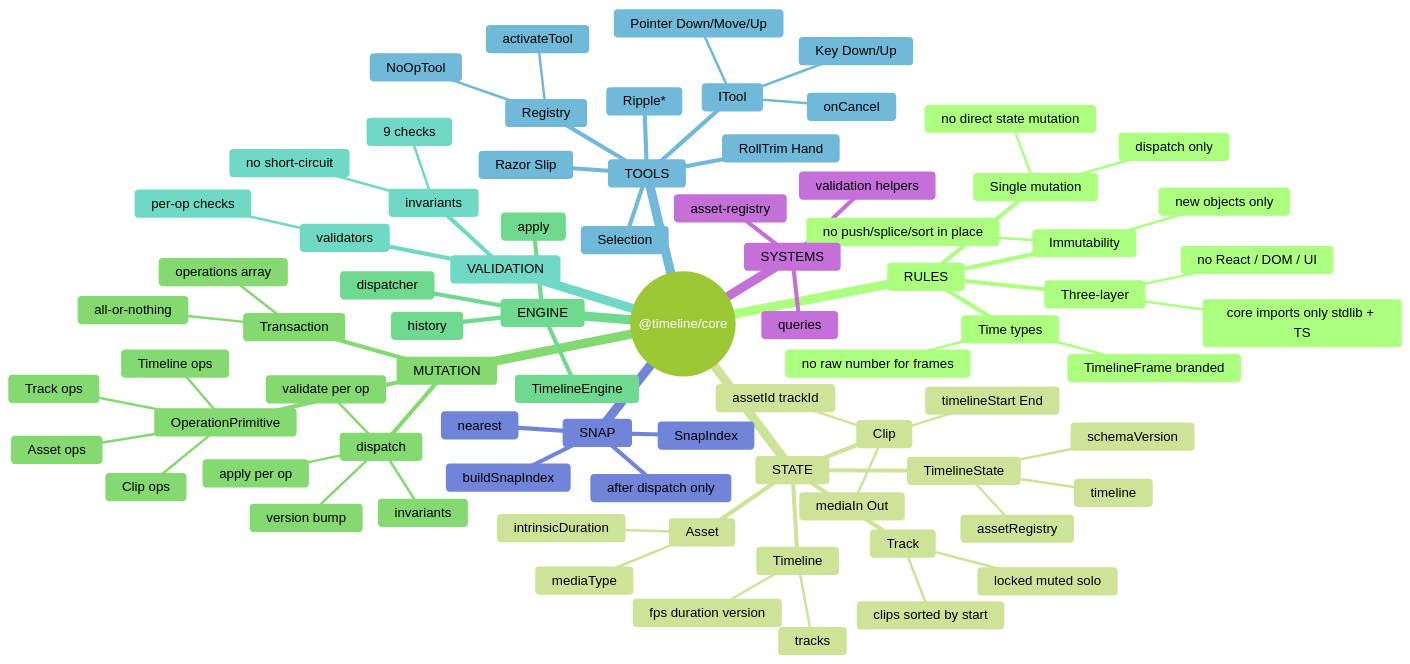
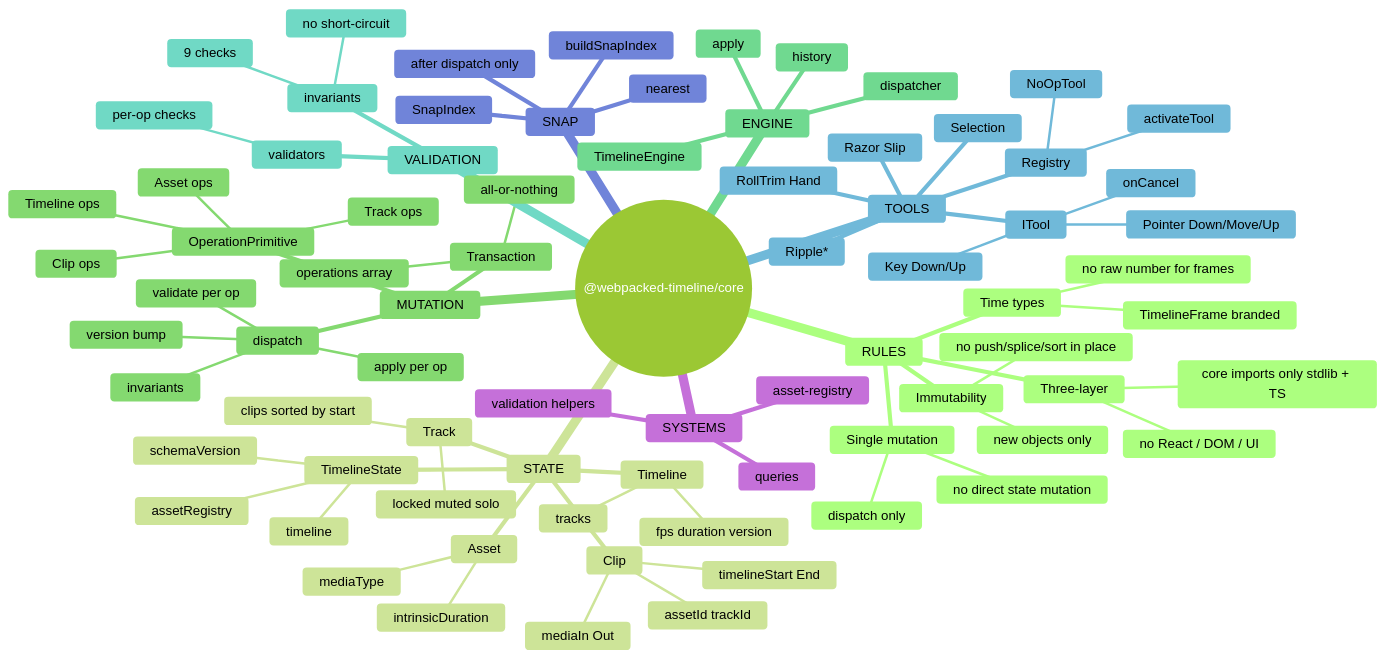
The first of 7 diagrams in packages/core/docs/MINDMAP.md (webpacked/timeline), drawn with Mermaid (forest theme) before and after one commit. The commit also changed other lines of this file and 77 other files, not shown here.

````diff
--- a/packages/core/docs/MINDMAP.md
+++ b/packages/core/docs/MINDMAP.md
@@ -9,81 +9,81 @@
 ```mermaid
 mindmap
-  root((@timeline/core))
+  root((@webpacked-timeline/core))
     RULES
       Three-layer
         core imports only stdlib + TS
         no React / DOM / UI
       Single mutation
         dispatch only
         no direct state mutation
       Immutability
         new objects only
         no push/splice/sort in place
       Time types
         TimelineFrame branded
         no raw number for frames
     STATE
       TimelineState
         schemaVersion
         timeline
         assetRegistry
       Timeline
         fps duration version
         tracks
       Track
         clips sorted by start
         locked muted solo
       Clip
         timelineStart End
         mediaIn Out
         assetId trackId
       Asset
         intrinsicDuration
         mediaType
     MUTATION
       Transaction
         operations array
         all-or-nothing
       OperationPrimitive
         Clip ops
         Track ops
         Asset ops
         Timeline ops
       dispatch
         validate per op
         apply per op
         invariants
         version bump
     ENGINE
       dispatcher
       apply
       history
       TimelineEngine
     VALIDATION
       validators
         per-op checks
       invariants
         9 checks
         no short-circuit
     TOOLS
       ITool
         Pointer Down/Move/Up
         Key Down/Up
         onCancel
       Registry
         activateTool
         NoOpTool
       Selection
       Razor Slip
       Ripple*
       RollTrim Hand
     SNAP
       SnapIndex
       buildSnapIndex
       nearest
       after dispatch only
     SYSTEMS
       queries
       asset-registry
       validation helpers
 ```
````
